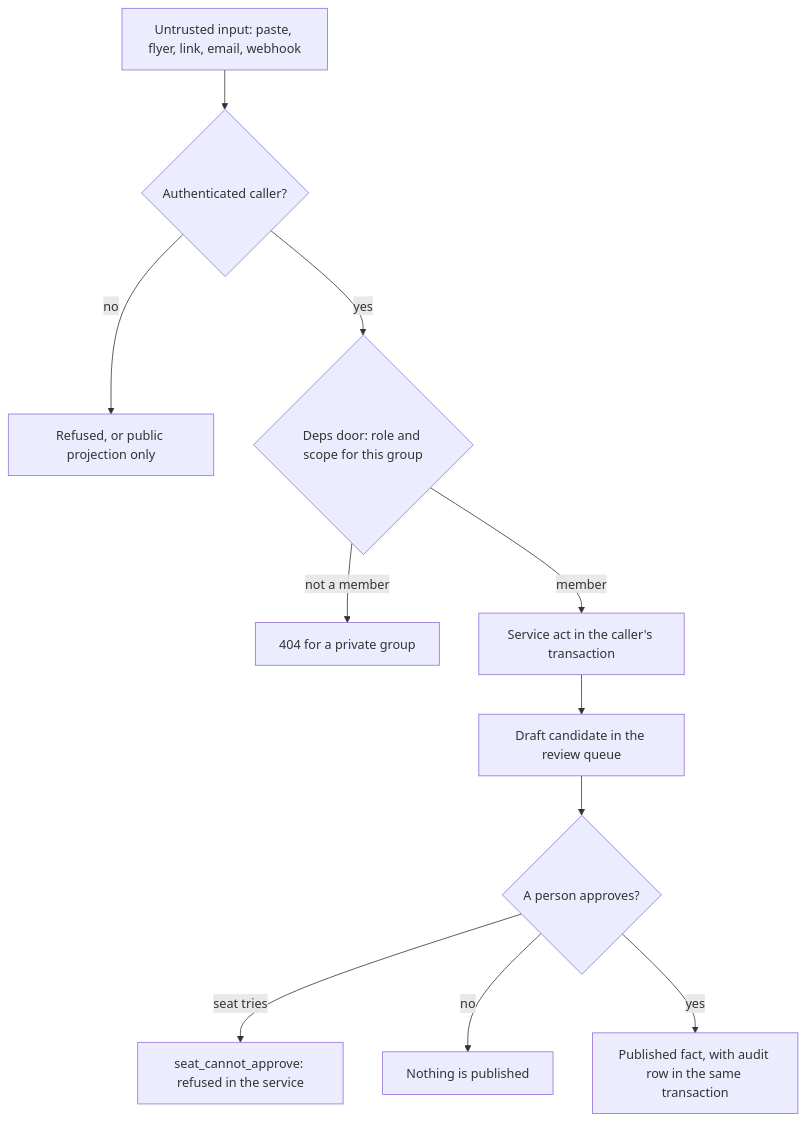
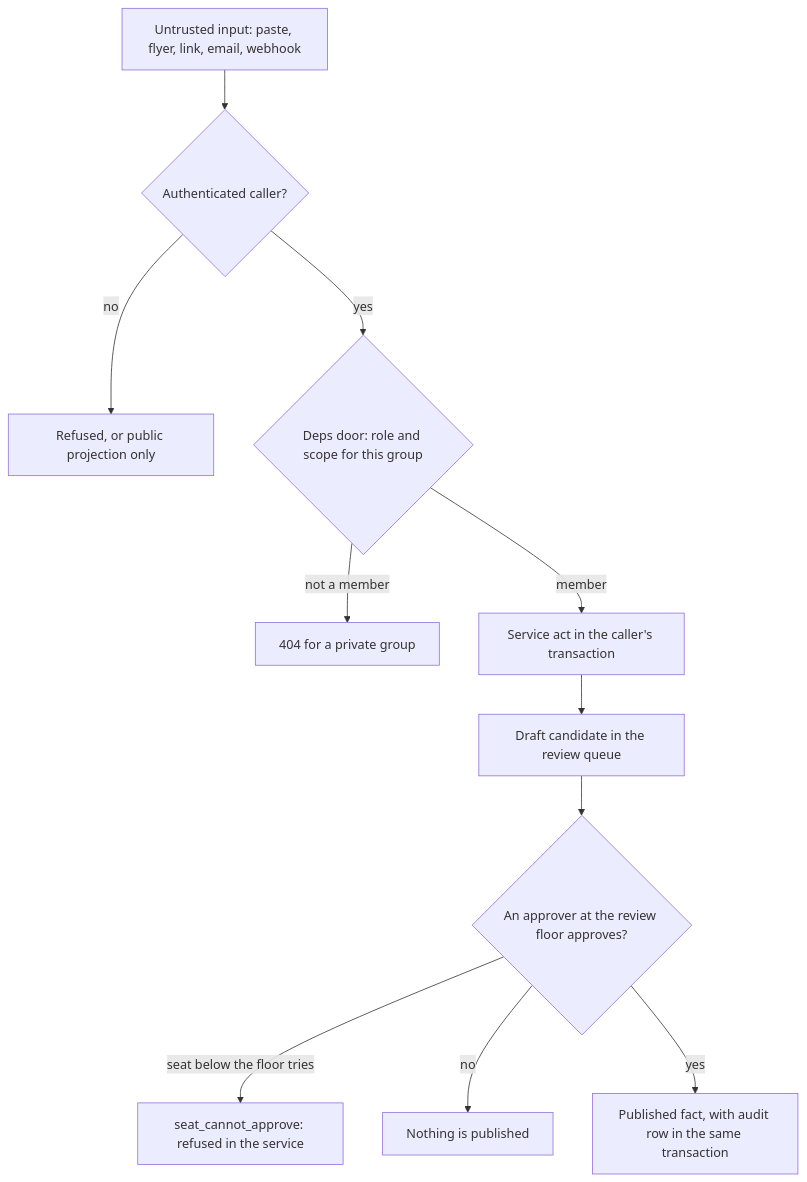
One commit to hrabanazviking/RuneForgeAI-Samkoma changed the first of 4 diagrams in docs/13-security-and-cryptography.md. Above: the diagram before and after it, drawn with Mermaid. The commit also changed other lines of this file and 15 other files, not shown here.

````diff
--- a/docs/13-security-and-cryptography.md
+++ b/docs/13-security-and-cryptography.md
@@ -75,13 +78,13 @@
 ```mermaid
 flowchart TD
   A[Untrusted input: paste, flyer, link, email, webhook] --> B{Authenticated caller?}
   B -->|no| C[Refused, or public projection only]
   B -->|yes| D{Deps door: role and scope for this group}
   D -->|not a member| E[404 for a private group]
   D -->|member| F[Service act in the caller's transaction]
   F --> G[Draft candidate in the review queue]
-  G --> H{A person approves?}
-  H -->|seat tries| I[seat_cannot_approve: refused in the service]
+  G --> H{An approver at the review floor approves?}
+  H -->|seat below the floor tries| I[seat_cannot_approve: refused in the service]
   H -->|no| J[Nothing is published]
   H -->|yes| K[Published fact, with audit row in the same transaction]
 ```
````
